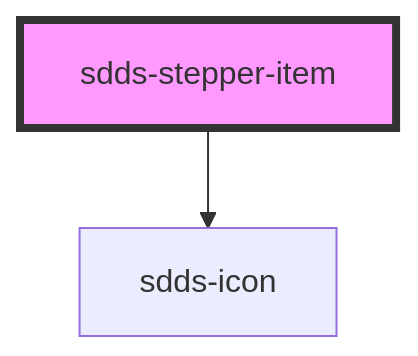
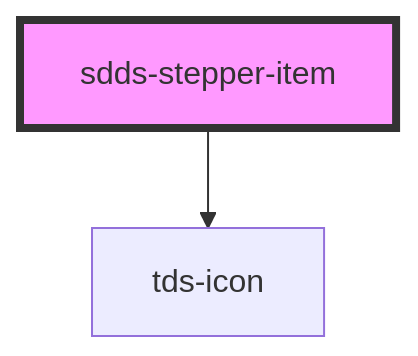
The diagram in core/src/components/stepper/stepper-item/readme.md (scania-digital-design-system/tegel), drawn with Mermaid before and after one commit. The commit also changed other lines of this file and 71 other files, not shown here.

````diff
--- a/core/src/components/stepper/stepper-item/readme.md
+++ b/core/src/components/stepper/stepper-item/readme.md
@@ -23,5 +23,5 @@
 ```mermaid
 graph TD;
-  sdds-stepper-item --> sdds-icon
+  sdds-stepper-item --> tds-icon
   style sdds-stepper-item fill:#f9f,stroke:#333,stroke-width:4px
 ```
````
